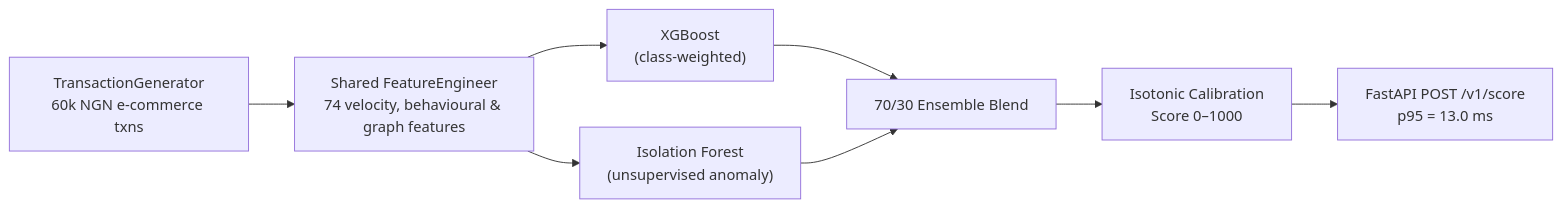
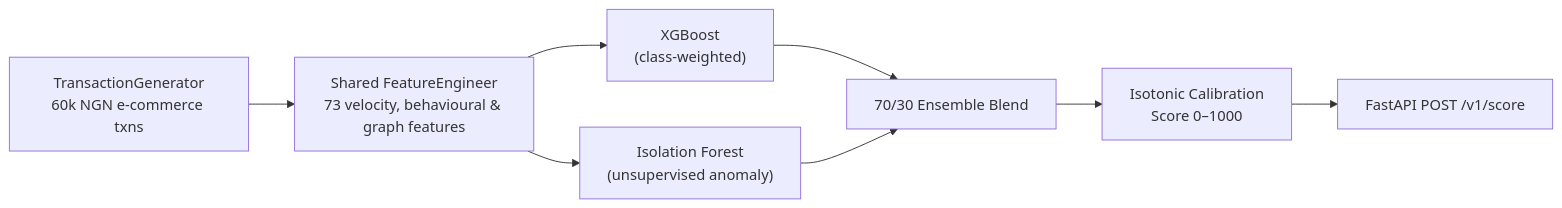
One commit to ikebude/ai-ml-data-engineering changed the diagram in products/moniguard/README.md. Above: the diagram before and after it, drawn with Mermaid. The commit also changed other lines of this file and 1 other file, not shown here.

First line of the commit message:
Moniguard: current audited numbers (PR-AUC 0.959 batch, 0.837 through the API); no latency claim

````diff
--- a/products/moniguard/README.md
+++ b/products/moniguard/README.md
@@ -31,10 +31,10 @@
 ```mermaid
 flowchart LR
-    A["TransactionGenerator<br/>60k NGN e-commerce txns"] --> B["Shared FeatureEngineer<br/>74 velocity, behavioural & graph features"]
+    A["TransactionGenerator<br/>60k NGN e-commerce txns"] --> B["Shared FeatureEngineer<br/>73 velocity, behavioural & graph features"]
     B --> C1["XGBoost<br/>(class-weighted)"]
     B --> C2["Isolation Forest<br/>(unsupervised anomaly)"]
     C1 --> D["70/30 Ensemble Blend"]
     C2 --> D
     D --> E["Isotonic Calibration<br/>Score 0–1000"]
-    E --> F["FastAPI POST /v1/score<br/>p95 = 13.0 ms"]
+    E --> F["FastAPI POST /v1/score"]
 ```
````
